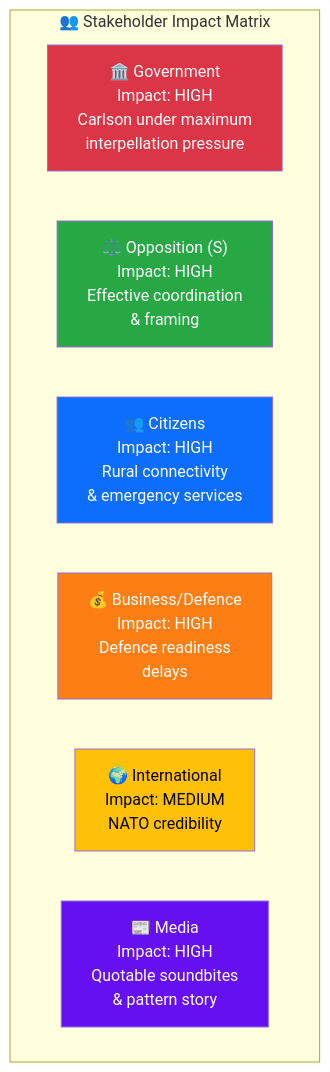
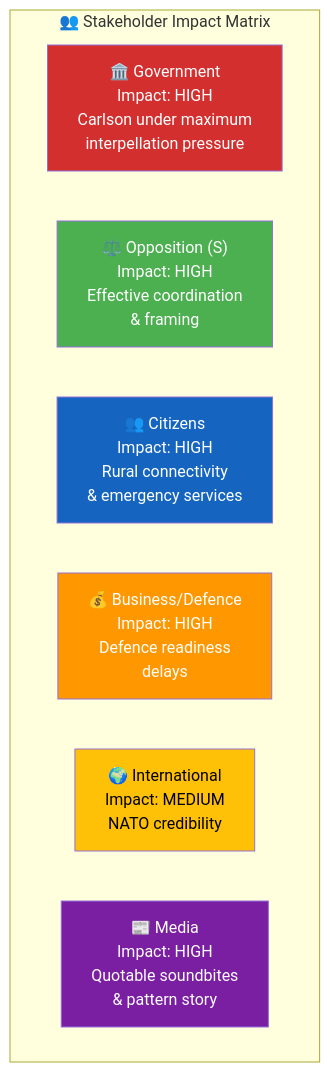
One commit to Hack23/riksdagsmonitor changed the diagram in analysis/daily/2026-03-31/interpellations/stakeholder-perspectives.md. Above: the diagram before and after it, drawn with Mermaid. The commit also changed 785 other files, not shown here.

First line of the commit message:
Normalize mermaid colors across 786 analysis artifacts to ISMS Style Guide palette

````diff
--- a/analysis/daily/2026-03-31/interpellations/stakeholder-perspectives.md
+++ b/analysis/daily/2026-03-31/interpellations/stakeholder-perspectives.md
@@ -12,18 +12,18 @@
 ```mermaid
 graph TD
     subgraph "👥 Stakeholder Impact Matrix"
         GOV["🏛️ Government<br/>Impact: HIGH<br/>Carlson under maximum<br/>interpellation pressure"]
         OPP["⚖️ Opposition (S)<br/>Impact: HIGH<br/>Effective coordination<br/>& framing"]
         CIT["👥 Citizens<br/>Impact: HIGH<br/>Rural connectivity<br/>& emergency services"]
         BUS["💰 Business/Defence<br/>Impact: HIGH<br/>Defence readiness<br/>delays"]
         INTL["🌍 International<br/>Impact: MEDIUM<br/>NATO credibility"]
         MED["📰 Media<br/>Impact: HIGH<br/>Quotable soundbites<br/>& pattern story"]
     end
 
-    style GOV fill:#dc3545,color:#fff
-    style OPP fill:#28a745,color:#fff
-    style CIT fill:#0d6efd,color:#fff
-    style BUS fill:#fd7e14,color:#fff
-    style INTL fill:#ffc107,color:#000
-    style MED fill:#6610f2,color:#fff
+    style GOV fill:#D32F2F,color:#FFFFFF
+    style OPP fill:#4CAF50,color:#FFFFFF
+    style CIT fill:#1565C0,color:#FFFFFF
+    style BUS fill:#FF9800,color:#FFFFFF
+    style INTL fill:#FFC107,color:#000000
+    style MED fill:#7B1FA2,color:#FFFFFF
 ```
````
